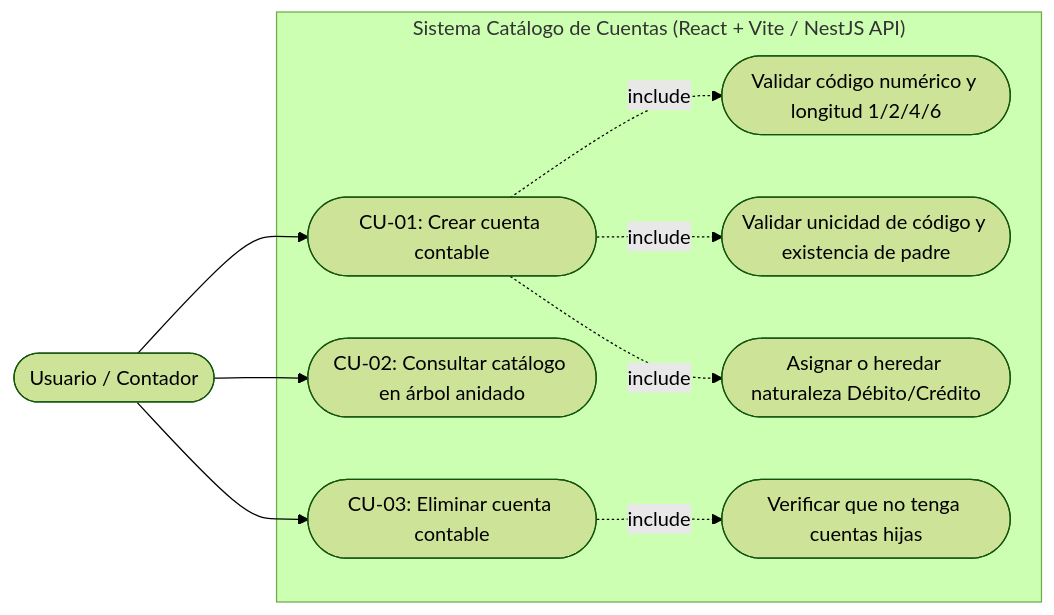
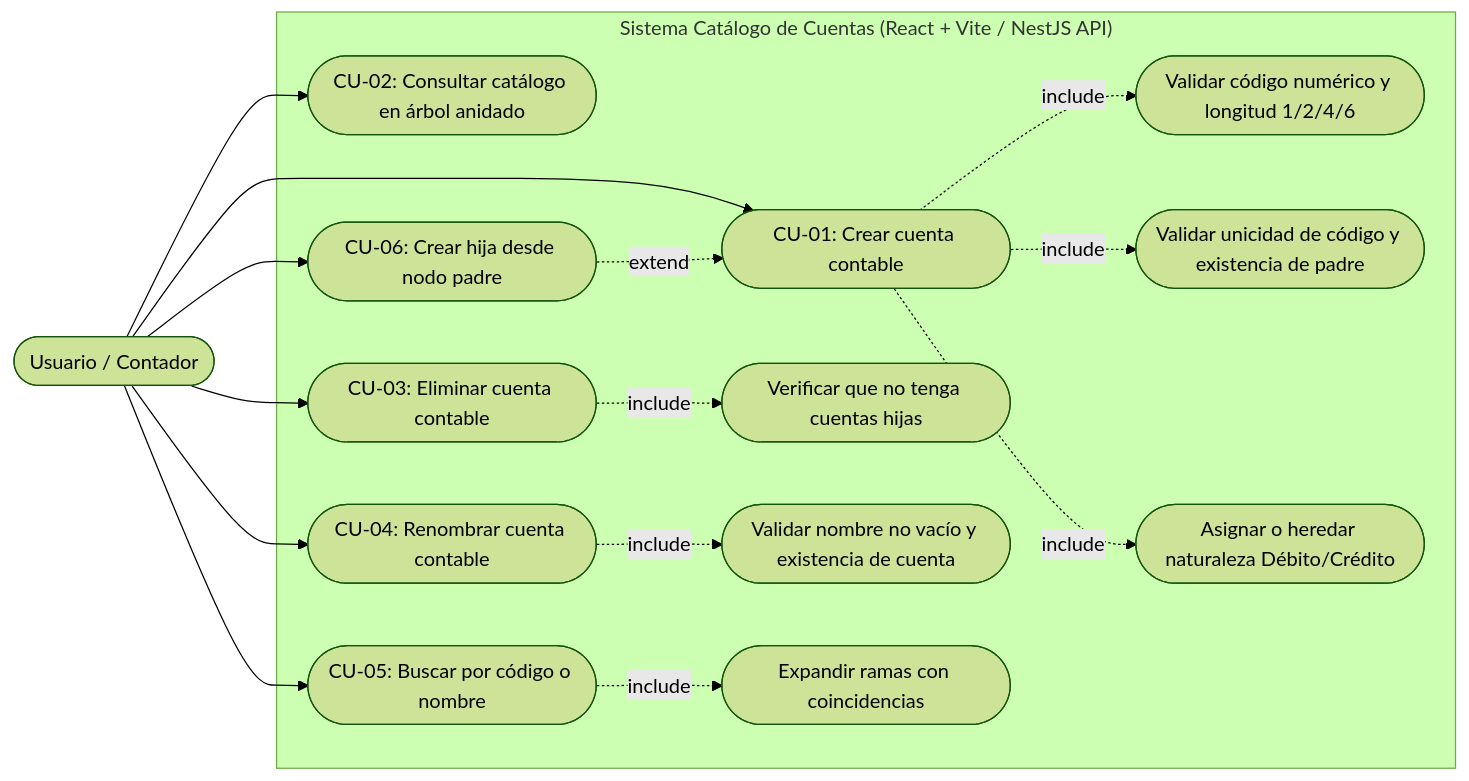
One commit to Lokcis/tech-assessment-starter-fullstack changed the diagram in docs/requerimientos.md. Above: the diagram before and after it, drawn with Mermaid (forest theme). The commit also changed other lines of this file and 3 other files, not shown here.

````diff
--- a/docs/requerimientos.md
+++ b/docs/requerimientos.md
@@ -23,24 +23,35 @@
 ```mermaid
 flowchart LR
     Usuario(["Usuario / Contador"])
 
     subgraph Sistema["Sistema Catálogo de Cuentas (React + Vite / NestJS API)"]
         CU01(["CU-01: Crear cuenta contable"])
         CU02(["CU-02: Consultar catálogo en árbol anidado"])
         CU03(["CU-03: Eliminar cuenta contable"])
+        CU04(["CU-04: Renombrar cuenta contable"])
+        CU05(["CU-05: Buscar por código o nombre"])
+        CU06(["CU-06: Crear hija desde nodo padre"])
 
         V01(["Validar código numérico y longitud 1/2/4/6"])
         V02(["Validar unicidad de código y existencia de padre"])
         V03(["Asignar o heredar naturaleza Débito/Crédito"])
         V04(["Verificar que no tenga cuentas hijas"])
+        V05(["Validar nombre no vacío y existencia de cuenta"])
+        V06(["Expandir ramas con coincidencias"])
     end
 
     Usuario --> CU01
     Usuario --> CU02
     Usuario --> CU03
+    Usuario --> CU04
+    Usuario --> CU05
+    Usuario --> CU06
 
     CU01 -.->|include| V01
     CU01 -.->|include| V02
     CU01 -.->|include| V03
     CU03 -.->|include| V04
+    CU04 -.->|include| V05
+    CU05 -.->|include| V06
+    CU06 -.->|extend| CU01
 ```
````
